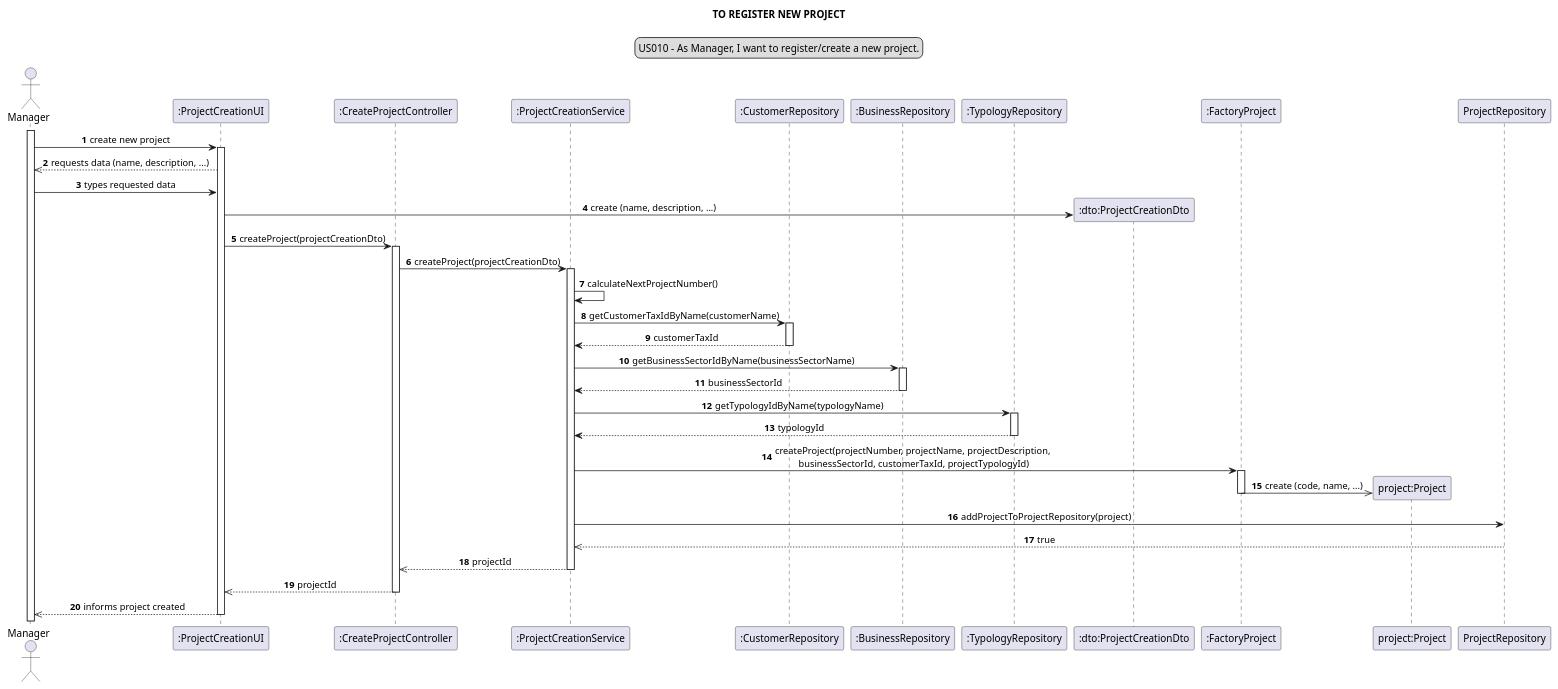
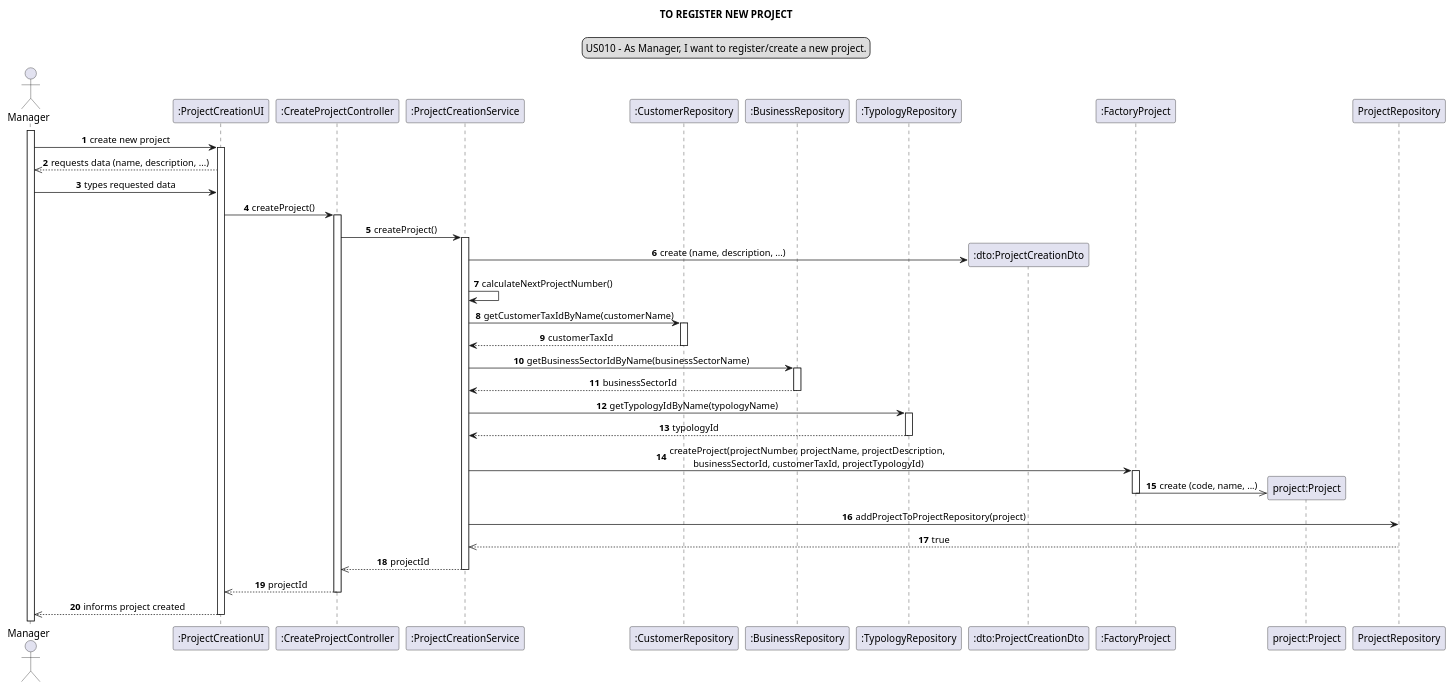
The diagram in docs/modelling_design/user_stories/sprint02/us010/US010_sequenceDiagram_ddd.puml (Loracline/project_switch_22-23), drawn with PlantUML before and after one commit.

Commit message:
US 10 : Refactor to DDD : Updated sequence diagram references #441 ;

```diff
--- a/docs/modelling_design/user_stories/sprint02/us010/US010_sequenceDiagram_ddd.puml
+++ b/docs/modelling_design/user_stories/sprint02/us010/US010_sequenceDiagram_ddd.puml
@@ -1,61 +1,61 @@
 @startuml
 
 skinparam sequenceMessageAlign center
 title TO REGISTER NEW PROJECT
 legend top
 US010 - As Manager, I want to register/create a new project.
 end legend
 autonumber
 
 actor Manager as manager
 participant ":ProjectCreationUI" as ui
 participant ":CreateProjectController" as controller
 participant ":ProjectCreationService" as service
 participant ":CustomerRepository" as custRepo
 participant ":BusinessRepository" as busRepo
 participant ":TypologyRepository" as typoRepo
 participant ":dto:ProjectCreationDto" as dto
 participant ":FactoryProject" as factProj
 participant "project:Project" as project
 participant "ProjectRepository" as projRepo
 
 activate manager
 "manager" ->ui : create new project
 activate ui
 "ui" -->> manager: requests data (name, description, ...)
 manager -> ui: types requested data
+ui -> controller: createProject()
+activate controller
+controller -> service: createProject()
+create dto
+activate service
 
-create dto
-ui -> dto: create (name, description, ...)
-ui -> controller: createProject(projectCreationDto)
-activate controller
-controller -> service: createProject(projectCreationDto)
-activate service
+service -> dto: create (name, description, ...)
 service -> service: calculateNextProjectNumber()
 service -> custRepo: getCustomerTaxIdByName(customerName)
 activate custRepo
 custRepo --> service: customerTaxId
 deactivate custRepo
 service -> busRepo: getBusinessSectorIdByName(businessSectorName)
 activate busRepo
 busRepo --> service: businessSectorId
 deactivate busRepo
 service -> typoRepo: getTypologyIdByName(typologyName)
 activate typoRepo
 typoRepo --> service: typologyId
 deactivate typoRepo
 service -> factProj : createProject(projectNumber, projectName, projectDescription,\n businessSectorId, customerTaxId, projectTypologyId)
 activate factProj
 create project
 factProj ->> project : create (code, name, ...)
 deactivate factProj
 service -> projRepo : addProjectToProjectRepository(project)
 projRepo -->> service : true
 service -->>controller: projectId
 deactivate service
 controller -->> ui : projectId
 deactivate controller
 ui -->> manager :  informs project created
 deactivate ui
 
 @enduml
```
